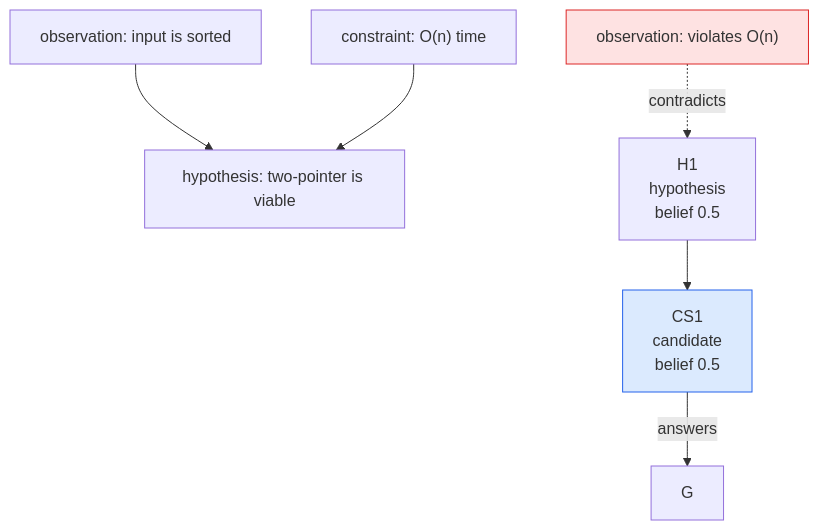
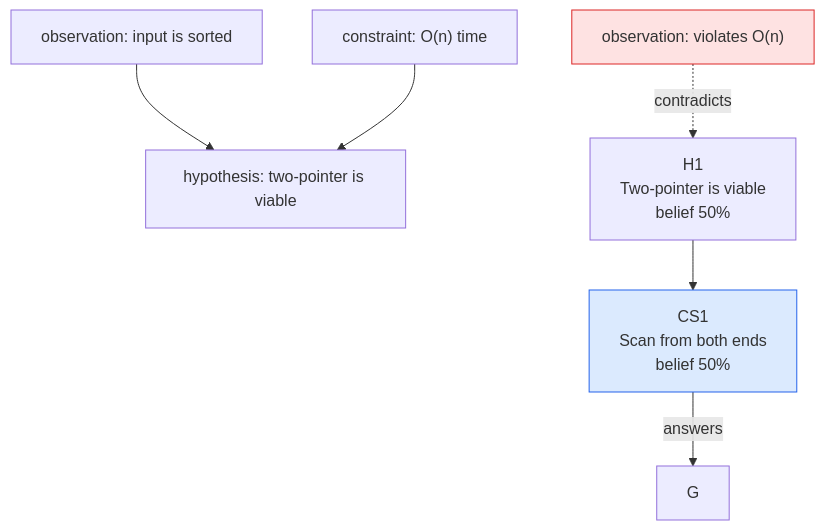
The diagram in skills/reasoning-graph/docs/rendering.md (xian0x5a/reasoning-graph), drawn with Mermaid before and after one commit. The commit also changed other lines of this file and 8 other files, not shown here.

First line of the commit message:
feat(graph): show each node's claim, in the page's typeface

````diff
--- a/skills/reasoning-graph/docs/rendering.md
+++ b/skills/reasoning-graph/docs/rendering.md
@@ -156,14 +157,14 @@
 ```mermaid
 flowchart TD
   O1["observation: input is sorted"] --> H2["hypothesis: two-pointer is viable"]
   C1["constraint: O(n) time"] --> H2
-  H1["H1<br/>hypothesis<br/>belief 0.5"] --> CS1["CS1<br/>candidate<br/>belief 0.5"]
+  H1["H1<br/>Two-pointer is viable<br/>belief 50%"] --> CS1["CS1<br/>Scan from both ends<br/>belief 50%"]
   CS1 -- answers --> G
   O2["observation: violates O(n)"] -. contradicts .-> H1
 
   classDef candidate fill:#dbeafe,stroke:#2563eb;
   classDef bad fill:#fee2e2,stroke:#dc2626;
 
   class CS1 candidate;
   class O2 bad;
 ```
````
